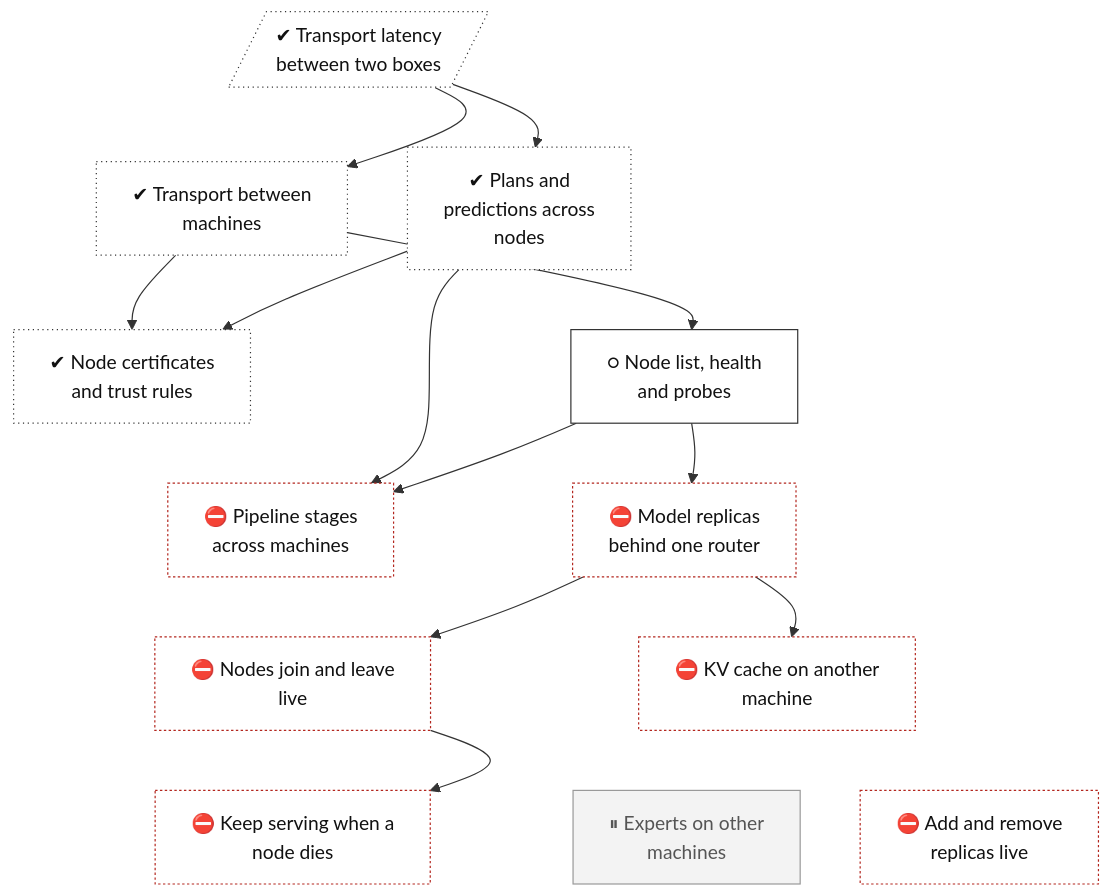
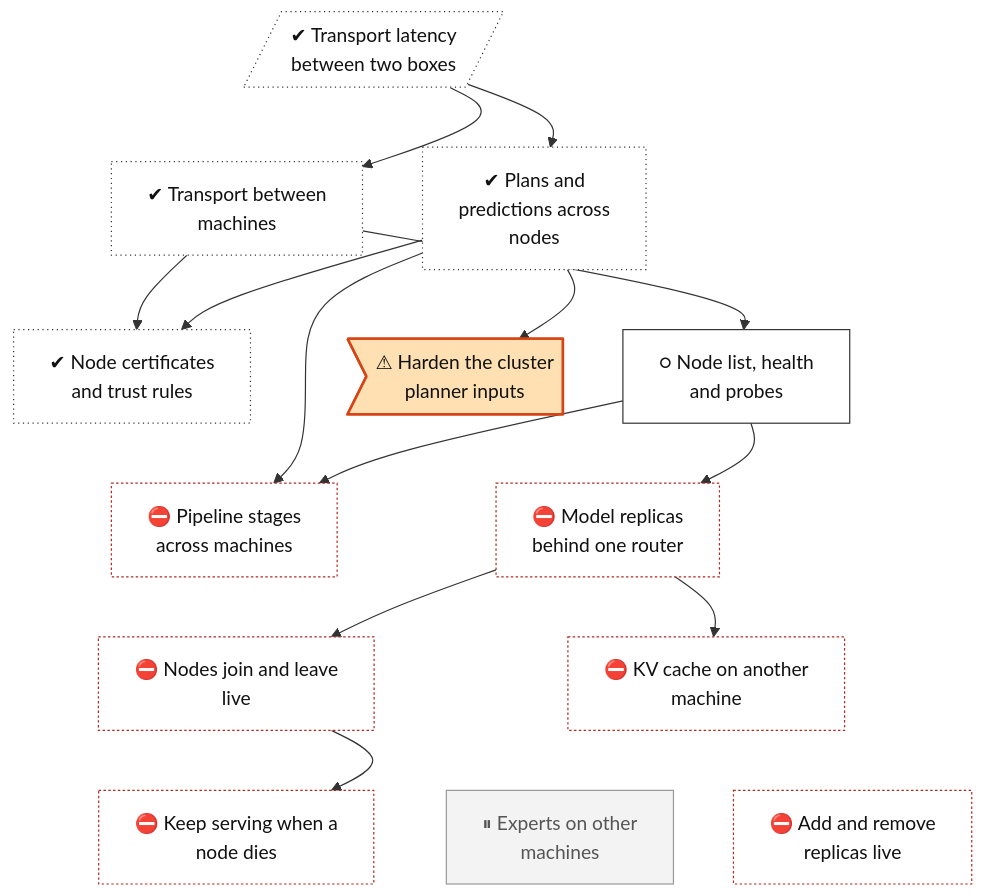
Before and after one commit to lhns/tetraeder: the diagram in docs/roadmap/tracks/cluster.md, drawn with Mermaid. The commit also changed other lines of this file and 3 other files, not shown here.

Commit message:
Tree: cluster-planner-hardening (review findings on Phase 6 step 2) (not measured)

````diff
--- a/docs/roadmap/tracks/cluster.md
+++ b/docs/roadmap/tracks/cluster.md
@@ -10,55 +10,60 @@
 ```mermaid
 flowchart TB
     cluster_transport_wan[/"✔ Transport latency<br/>between two boxes"/]
     cluster_transport["✔ Transport between<br/>machines"]
     cluster_planner["✔ Plans and<br/>predictions across<br/>nodes"]
     cluster_mtls["✔ Node certificates<br/>and trust rules"]
+    cluster_planner_hardening>"⚠ Harden the cluster<br/>planner inputs"]
     cluster_discovery["○ Node list, health<br/>and probes"]
     cluster_pipeline_nodes["⛔ Pipeline stages<br/>across machines"]
     cluster_replicas["⛔ Model replicas<br/>behind one router"]
     cluster_join_leave["⛔ Nodes join and leave<br/>live"]
     cluster_remote_kv["⛔ KV cache on another<br/>machine"]
     cluster_failover["⛔ Keep serving when a<br/>node dies"]
     cluster_experts_nodes["⏸ Experts on other<br/>machines"]
     cluster_replica_scaling["⛔ Add and remove<br/>replicas live"]
     cluster_transport_wan ~~~ cluster_transport
     cluster_transport_wan ~~~ cluster_planner
     cluster_transport ~~~ cluster_mtls
+    cluster_planner ~~~ cluster_planner_hardening
     cluster_planner ~~~ cluster_discovery
     cluster_mtls ~~~ cluster_pipeline_nodes
+    cluster_planner_hardening ~~~ cluster_replicas
     cluster_discovery ~~~ cluster_replicas
     cluster_pipeline_nodes ~~~ cluster_join_leave
     cluster_replicas ~~~ cluster_remote_kv
     cluster_join_leave ~~~ cluster_failover
     cluster_remote_kv ~~~ cluster_experts_nodes
     cluster_remote_kv ~~~ cluster_replica_scaling
     cluster_transport_wan --> cluster_transport
     cluster_transport_wan --> cluster_planner
     cluster_transport --> cluster_mtls
     cluster_planner --> cluster_mtls
+    cluster_planner --> cluster_planner_hardening
     cluster_transport --> cluster_discovery
     cluster_planner --> cluster_pipeline_nodes
     cluster_discovery --> cluster_pipeline_nodes
     cluster_discovery --> cluster_replicas
     cluster_replicas --> cluster_join_leave
     cluster_replicas --> cluster_remote_kv
     cluster_join_leave --> cluster_failover
     classDef vsucc fill:#2e9e4f,stroke:#1b6b34,color:#fff
     classDef succ fill:#bfe8c8,stroke:#2e9e4f,color:#111
     classDef mixed fill:#ffd37a,stroke:#c98a00,color:#111
     classDef bad fill:#f28b82,stroke:#b3261e,color:#111
     classDef dead fill:#e6e6e6,stroke:#777,stroke-dasharray:5 5,color:#555
     classDef inprog fill:#a8cdf5,stroke:#1f6fc5,color:#111
     classDef next fill:#fff,stroke:#333,color:#111
     classDef blocked fill:#fff,stroke:#b3261e,stroke-dasharray:2 2,color:#111
     classDef parked fill:#f3f3f3,stroke:#999,color:#555
     classDef unrated fill:#fff,stroke:#333,stroke-dasharray:1 3,color:#111
     classDef gate fill:#d9c2f0,stroke:#7b3fb5,color:#111
     classDef decided fill:#ece0f7,stroke:#7b3fb5,stroke-dasharray:2 2,color:#111
     classDef finding fill:#ffe0b2,stroke:#d84315,stroke-width:2px,color:#111
     classDef waiting fill:#e3f2fd,stroke:#1f6fc5,stroke-dasharray:5 5,color:#111
     class cluster_transport_wan,cluster_transport,cluster_planner,cluster_mtls unrated
+    class cluster_planner_hardening finding
     class cluster_discovery next
     class cluster_pipeline_nodes,cluster_replicas,cluster_join_leave,cluster_remote_kv,cluster_failover,cluster_replica_scaling blocked
     class cluster_experts_nodes parked
 ```
````
